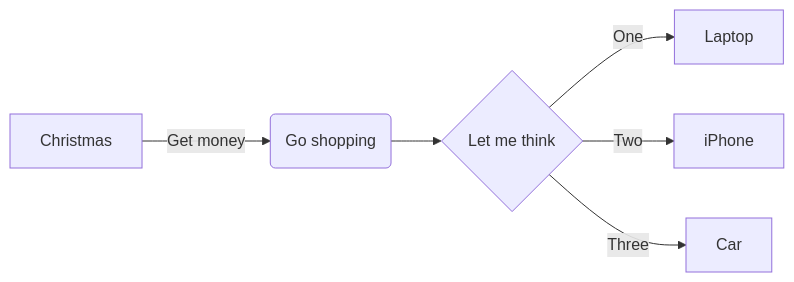
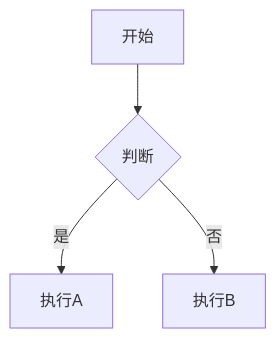
Before and after one commit to sherlocknieh/sherlocknieh.github.io: the first of 3 diagrams in index.md, drawn with Mermaid. The commit also changed other lines of this file and 3 other files, not shown here.

````diff
--- a/index.md
+++ b/index.md
@@ -26,8 +84,6 @@
 ```mermaid
-graph LR
-A[Christmas] -->|Get money| B(Go shopping)
-B --> C{Let me think}
-C -->|One| D[Laptop]
-C -->|Two| E[iPhone]
-C -->|Three| F[Car]
+graph TD
+    A[开始] --> B{判断}
+    B -->|是| C[执行A]
+    B -->|否| D[执行B]
 ```
````
